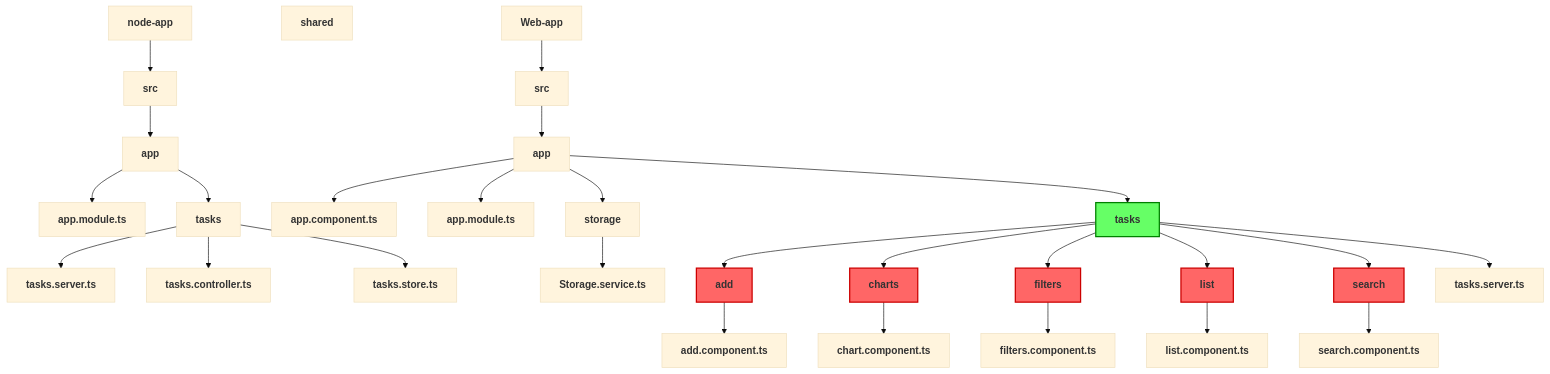
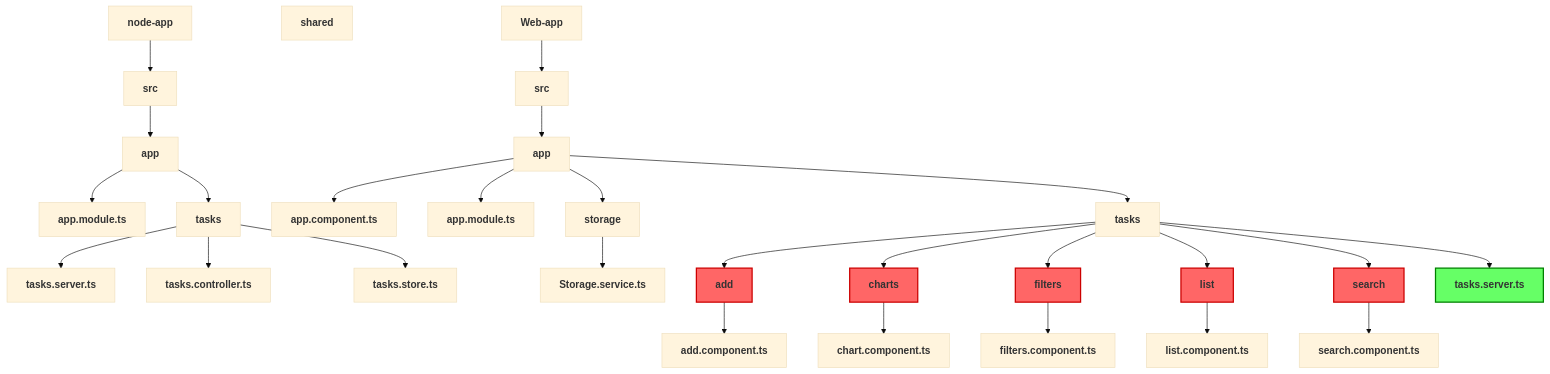
One commit to yanliu1111/user-task-app-angular-project changed the diagram in README.md. Above: the diagram before and after it, drawn with Mermaid (base theme).

````diff
--- a/README.md
+++ b/README.md
@@ -97,37 +97,37 @@
 ```mermaid
 graph TD;
   A[node-app] --> B[src]
   B --> D[app]
   D --> E1[app.module.ts]
   D --> F1[tasks]
   F1 --> G[tasks.server.ts]
   F1 --> H[tasks.controller.ts]
   F1 --> I[tasks.store.ts]
 
   A1[shared]
 
   A2[Web-app] --> B1[src]
   B1 --> D1[app]
   D1 --> E2[app.component.ts]
   D1 --> F2[app.module.ts]
   D1 --> G2[storage]
   G2 --> H3[Storage.service.ts]
-  D1 --> H2[tasks]:::green
+  D1 --> H2[tasks]
   H2 --> I2[add]:::red
   I2 --> J2[add.component.ts]
   H2 --> K2[charts]:::red
   K2 --> L2[chart.component.ts]
   H2 --> M2[filters]:::red
   M2 --> N2[filters.component.ts]
   H2 --> O2[list]:::red
   O2 --> P2[list.component.ts]
   H2 --> Q2[search]:::red
   Q2 --> R2[search.component.ts]
-  H2 --> S2[tasks.server.ts]
+  H2 --> S2[tasks.server.ts]:::green
 
   classDef red fill:#ff6666,stroke:#cc0000,stroke-width:2px;
   classDef green fill:#66ff66,stroke:#008000,stroke-width:2px;
   classDef boldText font-weight:bold,font-size:16px;
 
   class A,B,D,E1,F1,G,H,I,A1,A2,B1,D1,E2,F2,G2,H3,H2,I2,J2,K2,L2,M2,N2,O2,P2,Q2,R2,S2 boldText;
 ```
````
